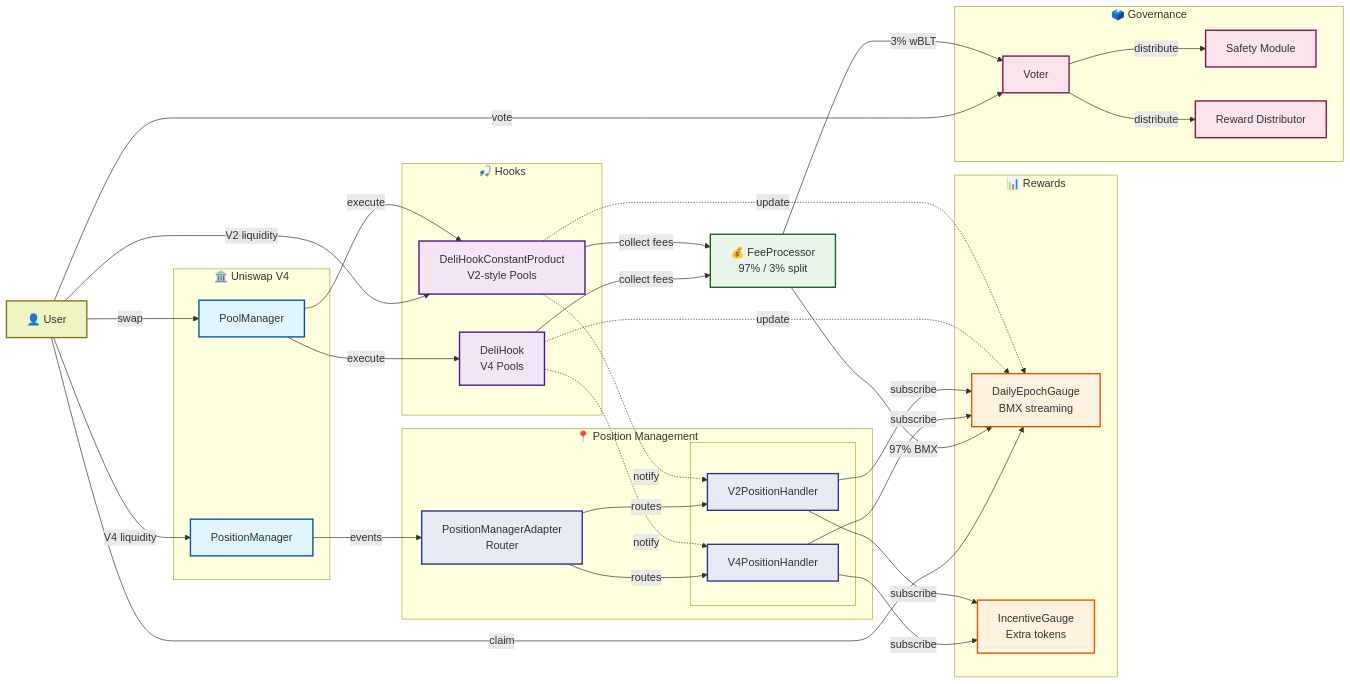
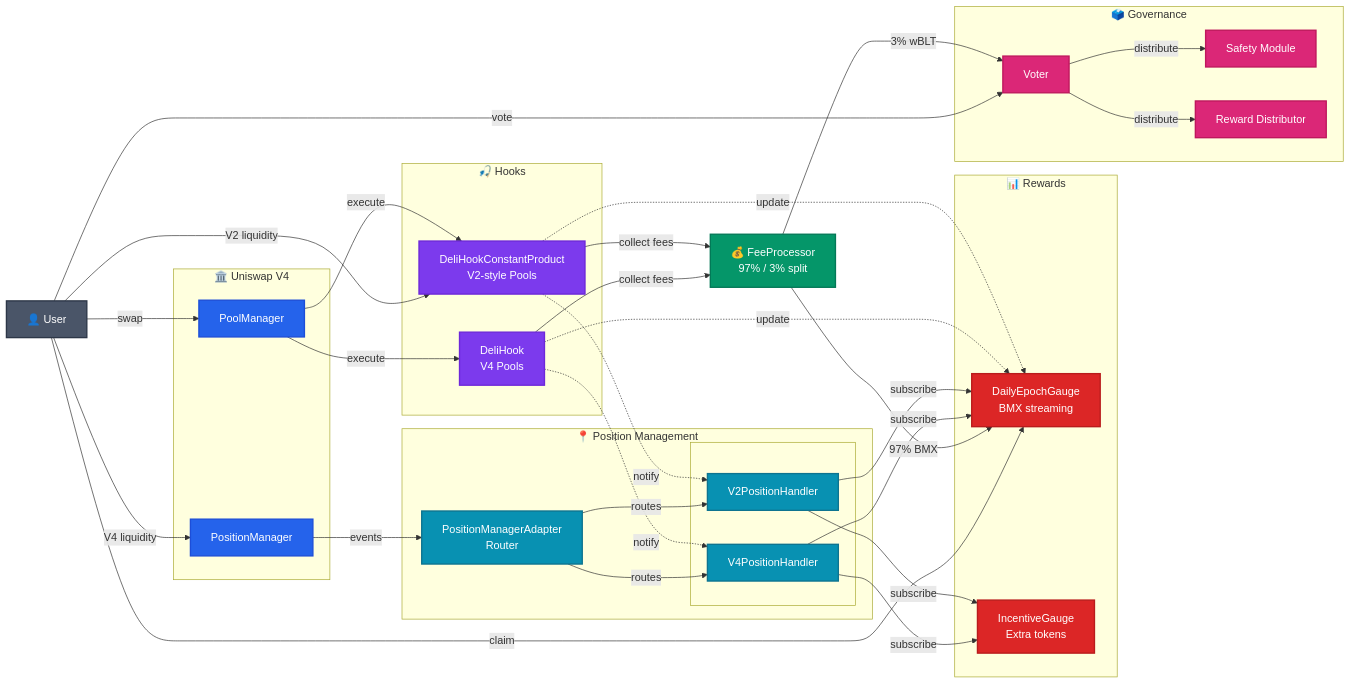
The first of 3 diagrams in README.md (morphex-labs/deli-swap-contracts), drawn with Mermaid before and after one commit. The commit also changed other lines of this file, not shown here.

Commit message:
fix: diagram colors

````diff
--- a/README.md
+++ b/README.md
@@ -86,13 +86,13 @@
 ```mermaid
 flowchart LR
-    %% Define styles
-    classDef userStyle fill:#f0f4c3,stroke:#827717,stroke-width:2px
-    classDef coreStyle fill:#e1f5fe,stroke:#01579b,stroke-width:2px
-    classDef hookStyle fill:#f3e5f5,stroke:#4a148c,stroke-width:2px
-    classDef feeStyle fill:#e8f5e9,stroke:#1b5e20,stroke-width:2px
-    classDef rewardStyle fill:#fff3e0,stroke:#e65100,stroke-width:2px
-    classDef govStyle fill:#fce4ec,stroke:#880e4f,stroke-width:2px
-    classDef handlerStyle fill:#e8eaf6,stroke:#283593,stroke-width:2px
+    %% Define styles with better contrast
+    classDef userStyle fill:#4a5568,stroke:#2d3748,stroke-width:2px,color:#ffffff
+    classDef coreStyle fill:#2563eb,stroke:#1d4ed8,stroke-width:2px,color:#ffffff
+    classDef hookStyle fill:#7c3aed,stroke:#6d28d9,stroke-width:2px,color:#ffffff
+    classDef feeStyle fill:#059669,stroke:#047857,stroke-width:2px,color:#ffffff
+    classDef rewardStyle fill:#dc2626,stroke:#b91c1c,stroke-width:2px,color:#ffffff
+    classDef govStyle fill:#db2777,stroke:#be185d,stroke-width:2px,color:#ffffff
+    classDef handlerStyle fill:#0891b2,stroke:#0e7490,stroke-width:2px,color:#ffffff
     
     %% User entry points
     U[👤 User]
````
